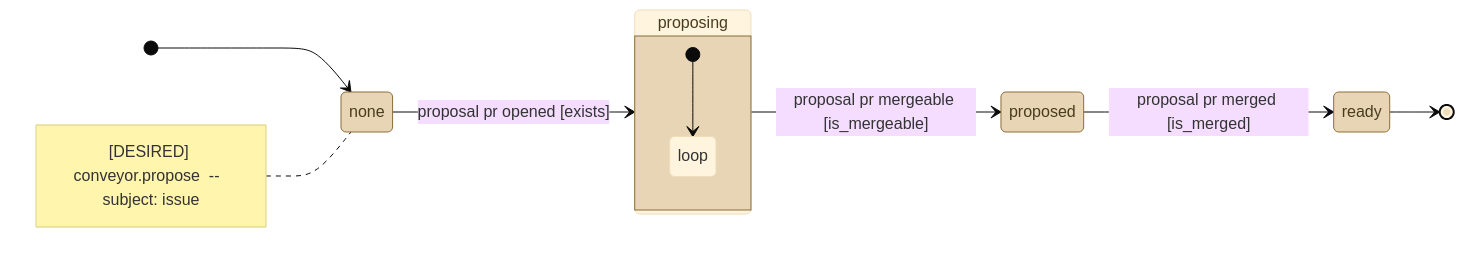
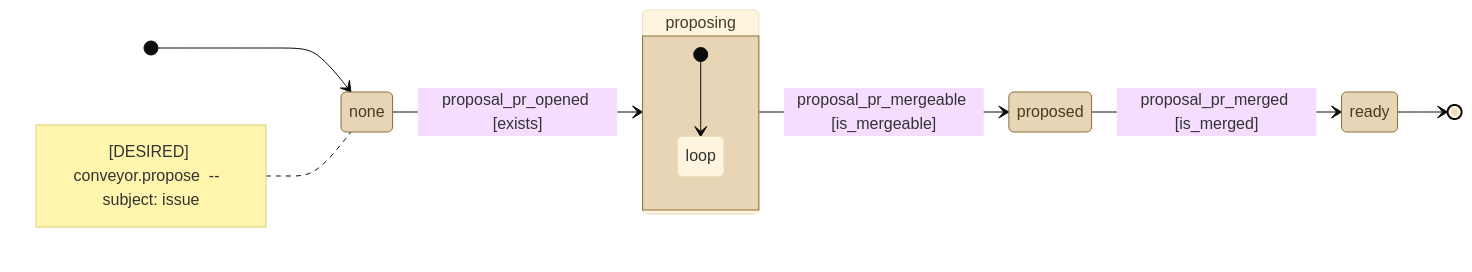
One commit to kostiantyn-matsebora/agent-ops-operator changed the diagram in .github/conveyor-model/mermaid/desired/conveyor_propose.mmd. Above: the diagram before and after it, drawn with Mermaid (base theme). The commit also changed 4 other files, not shown here.

```diff
--- a/.github/conveyor-model/mermaid/desired/conveyor_propose.mmd
+++ b/.github/conveyor-model/mermaid/desired/conveyor_propose.mmd
@@ -1,21 +1,21 @@
 stateDiagram-v2
     direction LR
     [*] --> none
     note left of none
         [DESIRED] conveyor.propose  --  subject: issue
     end note
     classDef stationState fill:#e8d5b5,stroke:#8a6d3b,color:#4a3b1f
     classDef loopState fill:#c9e4de,stroke:#2f6b5e,color:#1a3b33
     state none
     state proposing
     state proposed
     state ready
-    none --> proposing : proposal pr opened [exists]
-    proposing --> proposed : proposal pr mergeable [is_mergeable]
-    proposed --> ready : proposal pr merged [is_merged]
+    none --> proposing : proposal_pr_opened [exists]
+    proposing --> proposed : proposal_pr_mergeable [is_mergeable]
+    proposed --> ready : proposal_pr_merged [is_merged]
     ready --> [*]
     class none, proposing, proposed, ready stationState
     state proposing {
         [*] --> loop
         state "loop" as loop
     }
```
